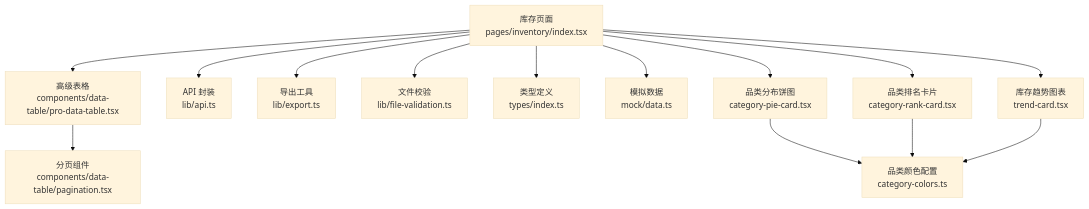
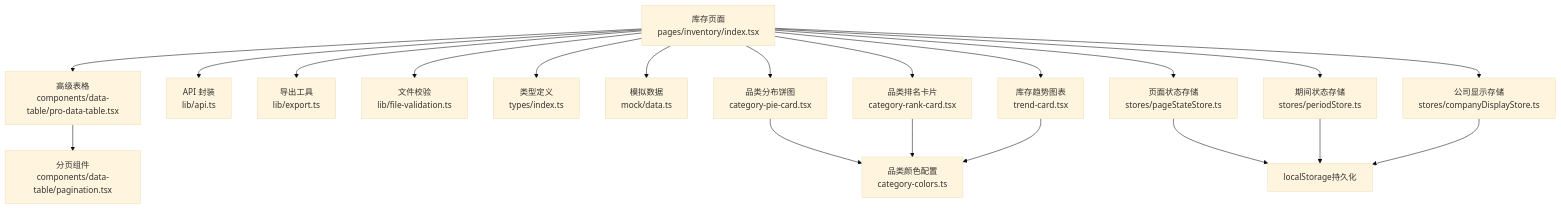
One commit to Damao997/newproject changed the first of 11 diagrams in .qoder/repowiki/zh/content/页面组件/库存管理页面.md. Above: the diagram before and after it, drawn with Mermaid (base theme). The commit also changed other lines of this file and 22 other files, not shown here.

````diff
--- a/.qoder/repowiki/zh/content/页面组件/库存管理页面.md
+++ b/.qoder/repowiki/zh/content/页面组件/库存管理页面.md
@@ -61,16 +68,22 @@
 ```mermaid
 graph TB
 A["库存页面<br/>pages/inventory/index.tsx"] --> B["高级表格<br/>components/data-table/pro-data-table.tsx"]
 B --> C["分页组件<br/>components/data-table/pagination.tsx"]
 A --> D["API 封装<br/>lib/api.ts"]
 A --> E["导出工具<br/>lib/export.ts"]
 A --> F["文件校验<br/>lib/file-validation.ts"]
 A --> G["类型定义<br/>types/index.ts"]
 A --> H["模拟数据<br/>mock/data.ts"]
 A --> I["品类分布饼图<br/>category-pie-card.tsx"]
 A --> J["品类排名卡片<br/>category-rank-card.tsx"]
 A --> K["库存趋势图表<br/>trend-card.tsx"]
 I --> L["品类颜色配置<br/>category-colors.ts"]
 J --> L
 K --> L
+A --> M["页面状态存储<br/>stores/pageStateStore.ts"]
+A --> N["期间状态存储<br/>stores/periodStore.ts"]
+A --> O["公司显示存储<br/>stores/companyDisplayStore.ts"]
+M --> P["localStorage持久化"]
+N --> P
+O --> P
 ```
````
